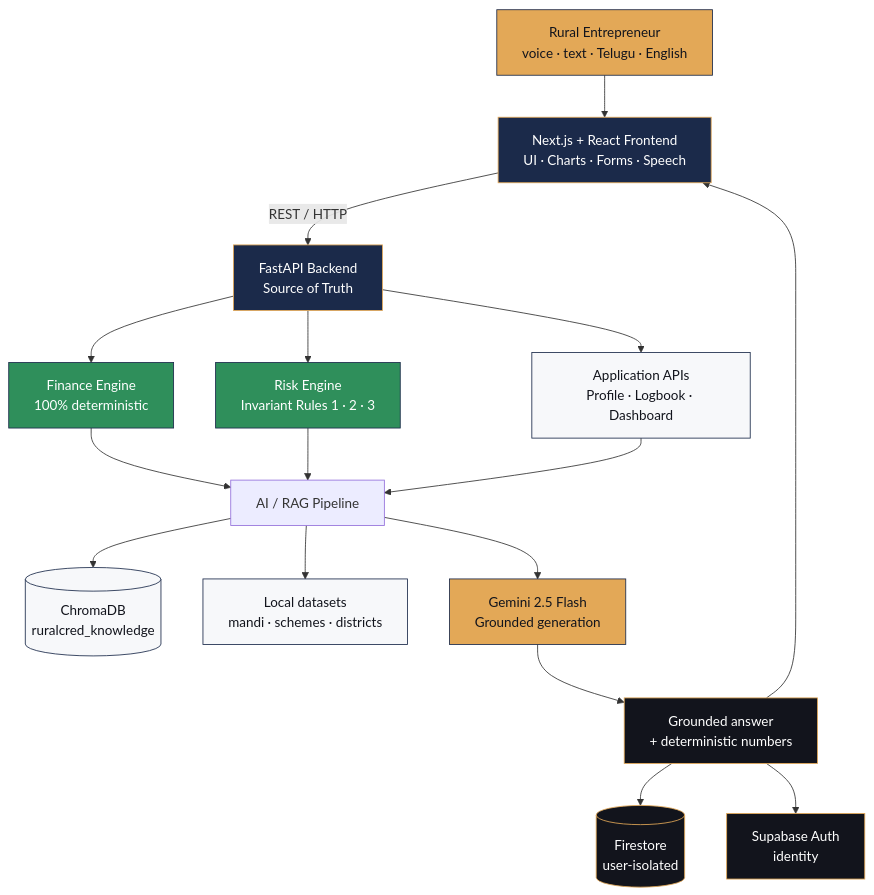
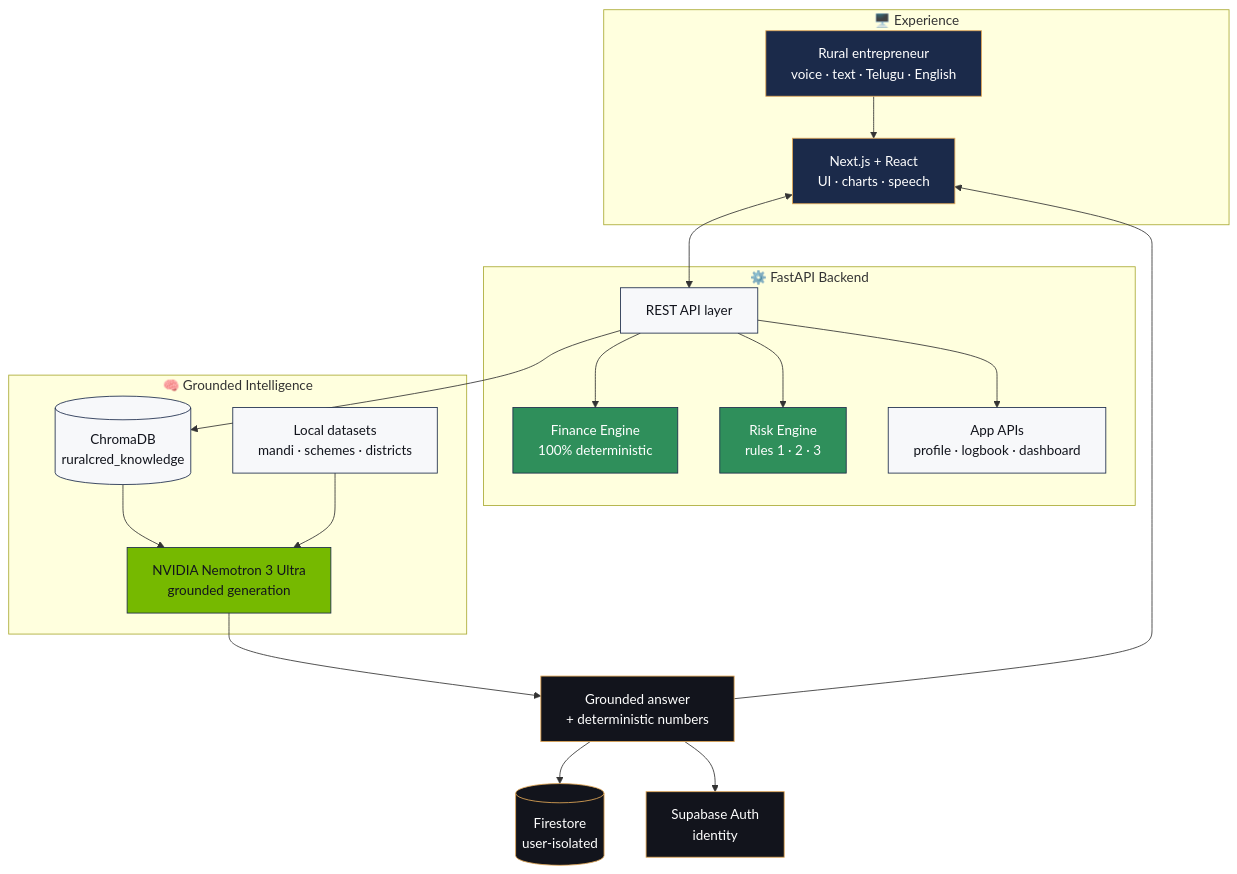
Before and after one commit to sankeerthrao026/ruralCred_Advisor_SIH: the diagram in README.md, drawn with Mermaid. The commit also changed other lines of this file, not shown here.

Commit message:
docs: Nemotron update, Pixel Engineers team, SIH mention

````diff
--- a/README.md
+++ b/README.md
@@ -102,30 +105,35 @@
 ```mermaid
 flowchart TB
-    U["Rural Entrepreneur<br/>voice · text · Telugu · English"] --> FE["Next.js + React Frontend<br/>UI · Charts · Forms · Speech"]
-    FE -->|"REST / HTTP"| BE["FastAPI Backend<br/>Source of Truth"]
-    BE --> FIN["Finance Engine<br/>100% deterministic"]
-    BE --> RISK["Risk Engine<br/>Invariant Rules 1 · 2 · 3"]
-    BE --> API["Application APIs<br/>Profile · Logbook · Dashboard"]
-    FIN --> RAG["AI / RAG Pipeline"]
-    RISK --> RAG
-    API --> RAG
-    RAG --> CDB[("ChromaDB<br/>ruralcred_knowledge")]
-    RAG --> LOC["Local datasets<br/>mandi · schemes · districts"]
-    RAG --> GEM["Gemini 2.5 Flash<br/>Grounded generation"]
-    GEM --> RESP["Grounded answer<br/>+ deterministic numbers"]
-    RESP --> FE
-    RESP --> FS[("Firestore<br/>user-isolated")]
-    RESP --> AUTH["Supabase Auth<br/>identity"]
+    subgraph UI["🖥️ Experience"]
+        U["Rural entrepreneur<br/>voice · text · Telugu · English"] --> FE["Next.js + React<br/>UI · charts · speech"]
+    end
+    subgraph SVC["⚙️ FastAPI Backend"]
+        BE["REST API layer"] --> FIN["Finance Engine<br/>100% deterministic"]
+        BE --> RSK["Risk Engine<br/>rules 1 · 2 · 3"]
+        BE --> API["App APIs<br/>profile · logbook · dashboard"]
+    end
+    subgraph AI["🧠 Grounded Intelligence"]
+        CDB[("ChromaDB<br/>ruralcred_knowledge")] --> NEMO["NVIDIA Nemotron 3 Ultra<br/>grounded generation"]
+        LOC["Local datasets<br/>mandi · schemes · districts"] --> NEMO
+    end
+    FE <--> BE
+    BE --> CDB
+    NEMO --> ANS["Grounded answer<br/>+ deterministic numbers"]
+    ANS --> FE
+    ANS --> FS[("Firestore<br/>user-isolated")]
+    ANS --> AU["Supabase Auth<br/>identity"]
 
     classDef gold fill:#E3A857,stroke:#1B2A4A,color:#12141C
     classDef navy fill:#1B2A4A,stroke:#E3A857,color:#FFFFFF
     classDef green fill:#2F8F5B,stroke:#1B2A4A,color:#FFFFFF
     classDef ink fill:#12141C,stroke:#E3A857,color:#FFFFFF
     classDef light fill:#F7F8FA,stroke:#1B2A4A,color:#12141C
+    classDef nvidia fill:#76B900,stroke:#1B2A4A,color:#12141C
 
-    class U,GEM gold
-    class FE,BE navy
-    class FIN,RISK green
-    class API,CDB,LOC light
-    class RESP,FS,AUTH ink
+    class U,FE navy
+    class BE,API light
+    class FIN,RSK green
+    class CDB,LOC light
+    class NEMO nvidia
+    class ANS,FS,AU ink
 ```
````
